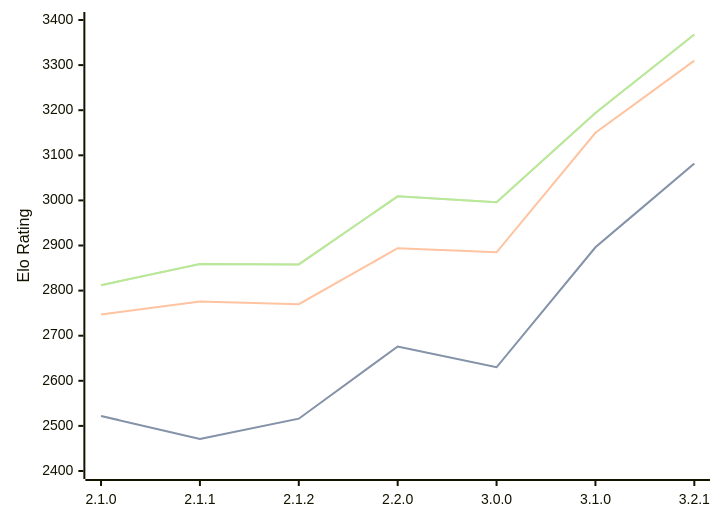
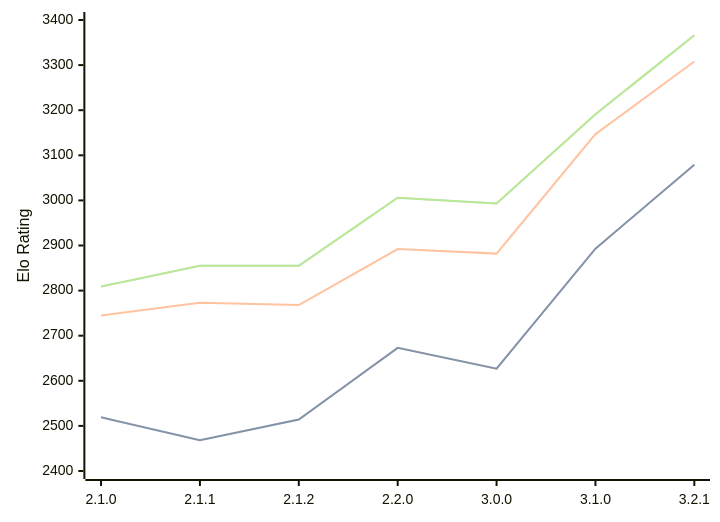
One commit to computer-chess-index/cci changed the diagram in engines/Prune.md. Above: the diagram before and after it, drawn with Mermaid. The commit also changed other lines of this file, not shown here.

Commit message:
Update CCI Ratings (ELO VLTC) - 2026-06-08

````diff
--- a/engines/Prune.md
+++ b/engines/Prune.md
@@ -42,11 +42,11 @@
 ```mermaid
 %%{init: {"theme":"base","themeVariables":{"seriesColors:['#a3a3a3','#222221','#faa371']}}}%%
 xychart-beta
   x-axis ["2.1.0", "2.1.1", "2.1.2", "2.2.0", "3.0.0", "3.1.0", "3.2.1"]
   y-axis "Elo Rating" 2400 --> 3400
-  line "STC (8.0+0.08s)" [2522, 2471, 2516, 2676, 2630, 2896, 3082]
-  line "STC (8.0+0.08s)" [2522, 2471, 2516, 2676, 2630, 2896, 3082]
-  line "LTC (60.0+0.60s)" [2747, 2776, 2770, 2894, 2885, 3150, 3310]
-  line "VLTC (2m24s+1.12s)" [2812, 2859, 2858, 3009, 2996, 3194, 3368]
-  line "VLTC (2m24s+1.12s)" [2812, 2859, 2858, 3009, 2996, 3194, 3368]
+  line "STC (8.0+0.08s)" [2519, 2468, 2514, 2673, 2627, 2893, 3079]
+  line "STC (8.0+0.08s)" [2519, 2468, 2514, 2673, 2627, 2893, 3079]
+  line "LTC (60.0+0.60s)" [2745, 2773, 2768, 2892, 2882, 3147, 3308]
+  line "VLTC (2m24s+1.12s)" [2809, 2855, 2855, 3006, 2993, 3191, 3366]
+  line "VLTC (2m24s+1.12s)" [2809, 2855, 2855, 3006, 2993, 3191, 3366]
 ```
````
